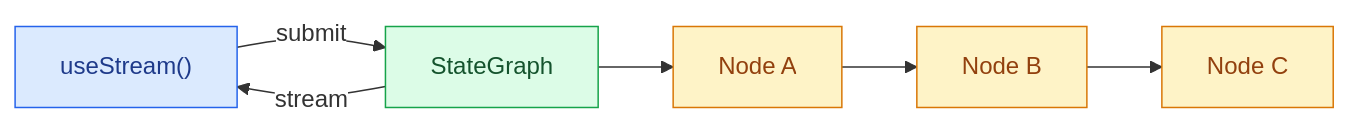
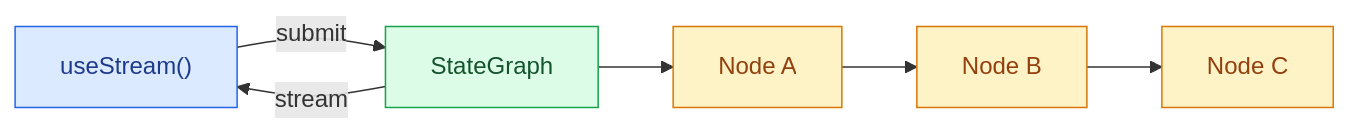
One commit to retr0crypticghost/langchain-docs changed the diagram in build/oss/javascript/langgraph/frontend/overview.mdx. Above: the diagram before and after it, drawn with Mermaid. The commit also changed 9 other files, not shown here.

````diff
--- a/build/oss/javascript/langgraph/frontend/overview.mdx
+++ b/build/oss/javascript/langgraph/frontend/overview.mdx
@@ -12,30 +12,29 @@
 ```mermaid
 %%{
   init: {
     "fontFamily": "monospace",
     "flowchart": {
       "curve": "curve"
-    },
-    "themeVariables": {"edgeLabelBackground": "#ffffff"}
+    }
   }
 }%%
 graph LR
   FRONTEND["useStream()"]
   GRAPH["StateGraph"]
   N1["Node A"]
   N2["Node B"]
   N3["Node C"]
 
   GRAPH --"stream"--> FRONTEND
   FRONTEND --"submit"--> GRAPH
   GRAPH --> N1
   N1 --> N2
   N2 --> N3
 
   classDef blueHighlight fill:#DBEAFE,stroke:#2563EB,color:#1E3A8A;
   classDef greenHighlight fill:#DCFCE7,stroke:#16A34A,color:#14532D;
   classDef orangeHighlight fill:#FEF3C7,stroke:#D97706,color:#92400E;
   class FRONTEND blueHighlight;
   class GRAPH greenHighlight;
   class N1,N2,N3 orangeHighlight;
 ```
````
